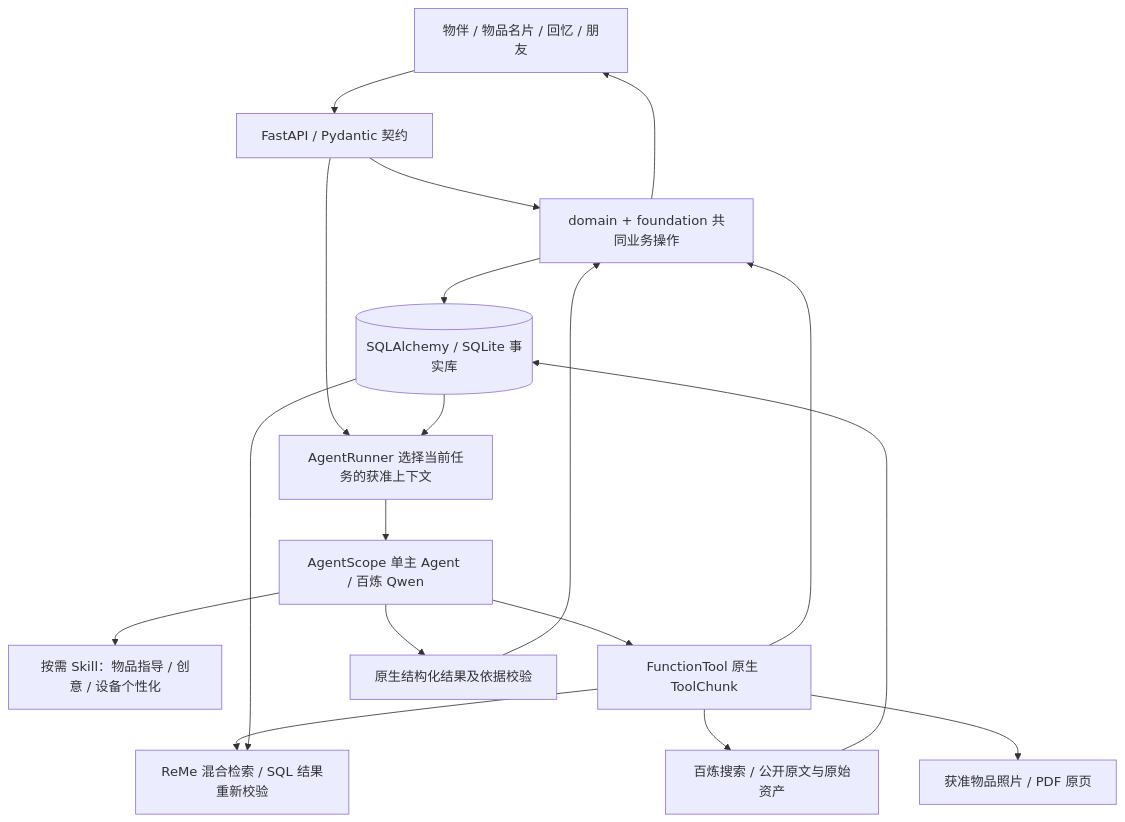
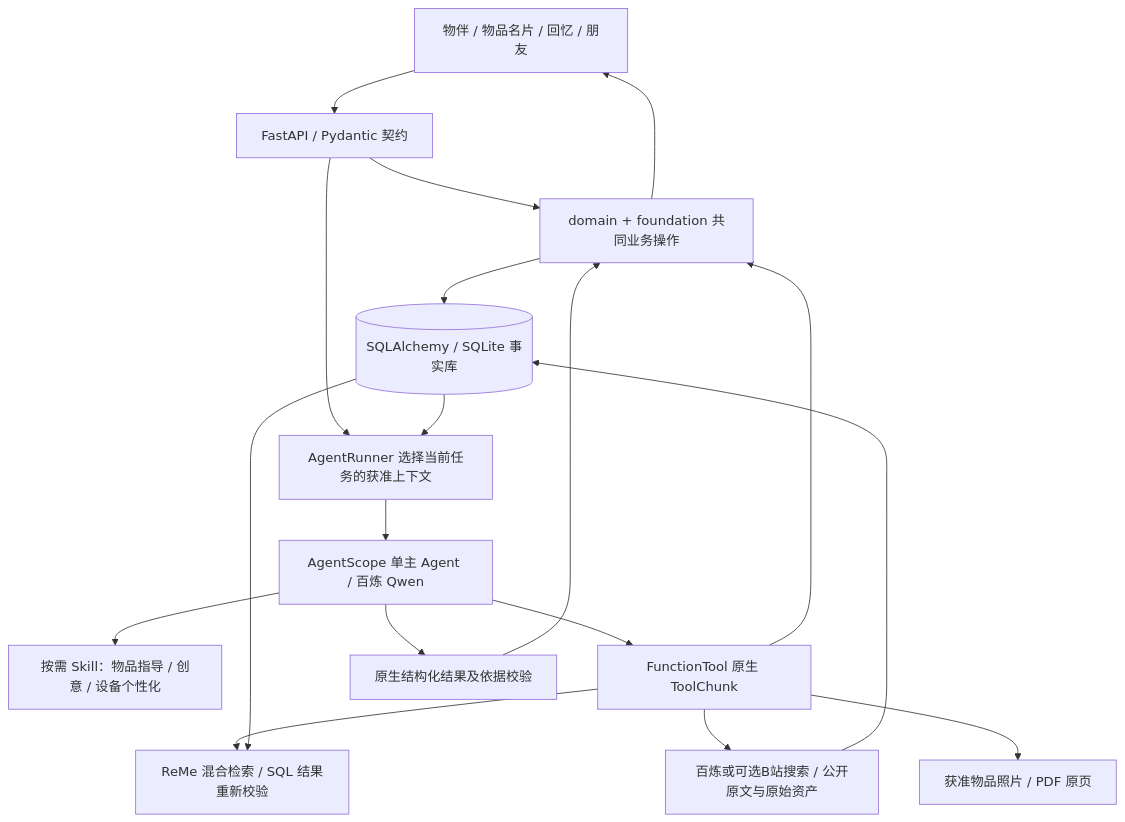
The first of 2 diagrams in docs/2026-11-06_创意回忆分身与名片实施记录.md (Starry-Curry/ProductAgent), drawn with Mermaid before and after one commit. The commit also changed other lines of this file and 11 other files, not shown here.

````diff
--- a/docs/2026-11-06_创意回忆分身与名片实施记录.md
+++ b/docs/2026-11-06_创意回忆分身与名片实施记录.md
@@ -22,20 +22,20 @@
 ```mermaid
 flowchart TB
   UI[物伴 / 物品名片 / 回忆 / 朋友] --> HTTP[FastAPI / Pydantic 契约]
   HTTP --> D[domain + foundation 共同业务操作]
   D --> SQL[(SQLAlchemy / SQLite 事实库)]
   HTTP --> C[AgentRunner 选择当前任务的获准上下文]
   SQL --> C
   C --> A[AgentScope 单主 Agent / 百炼 Qwen]
   A --> S[按需 Skill：物品指导 / 创意 / 设备个性化]
   A --> T[FunctionTool 原生 ToolChunk]
   T --> D
   T --> R[ReMe 混合检索 / SQL 结果重新校验]
   SQL --> R
-  T --> W[百炼搜索 / 公开原文与原始资产]
+  T --> W[百炼或可选B站搜索 / 公开原文与原始资产]
   W --> SQL
   T --> P[获准物品照片 / PDF 原页]
   A --> F[原生结构化结果及依据校验]
   F --> D
   D --> UI
 ```
````
